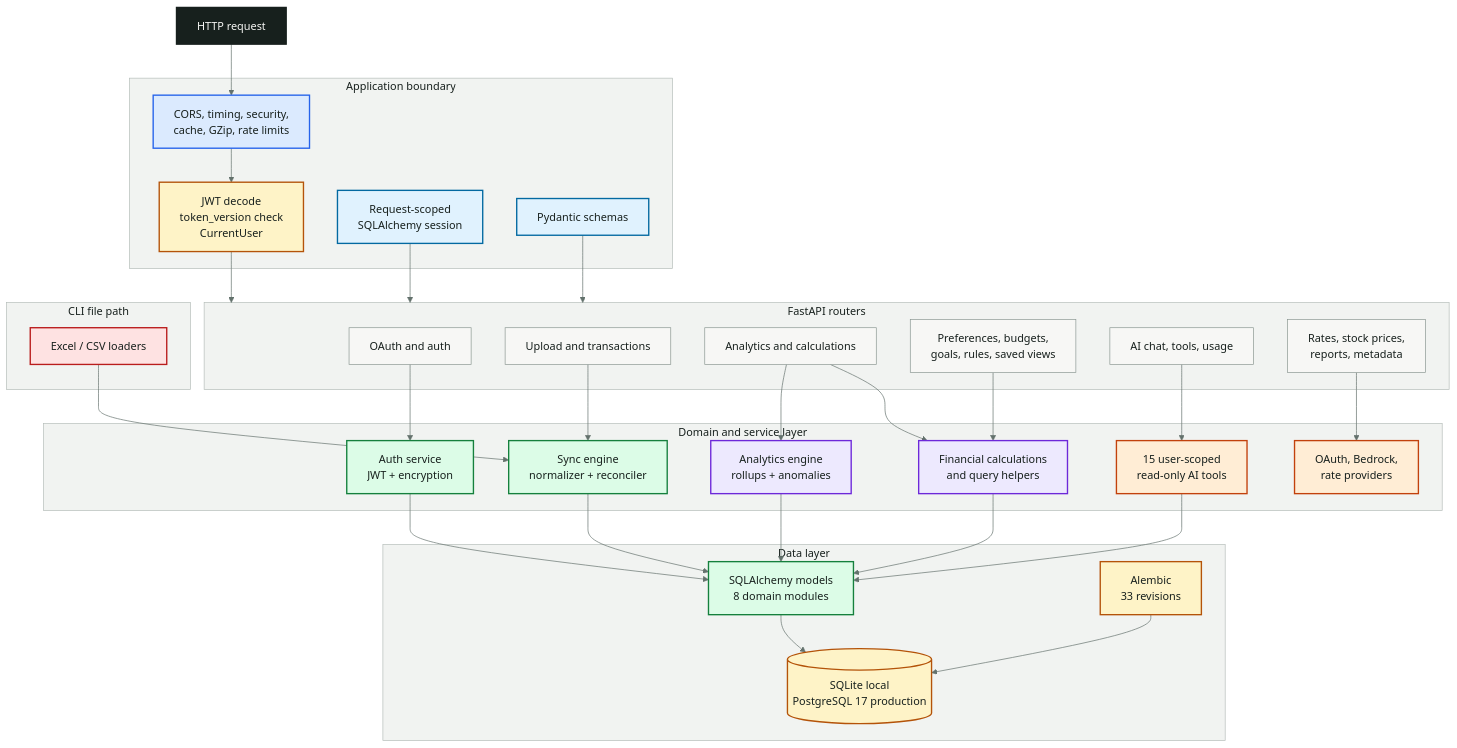
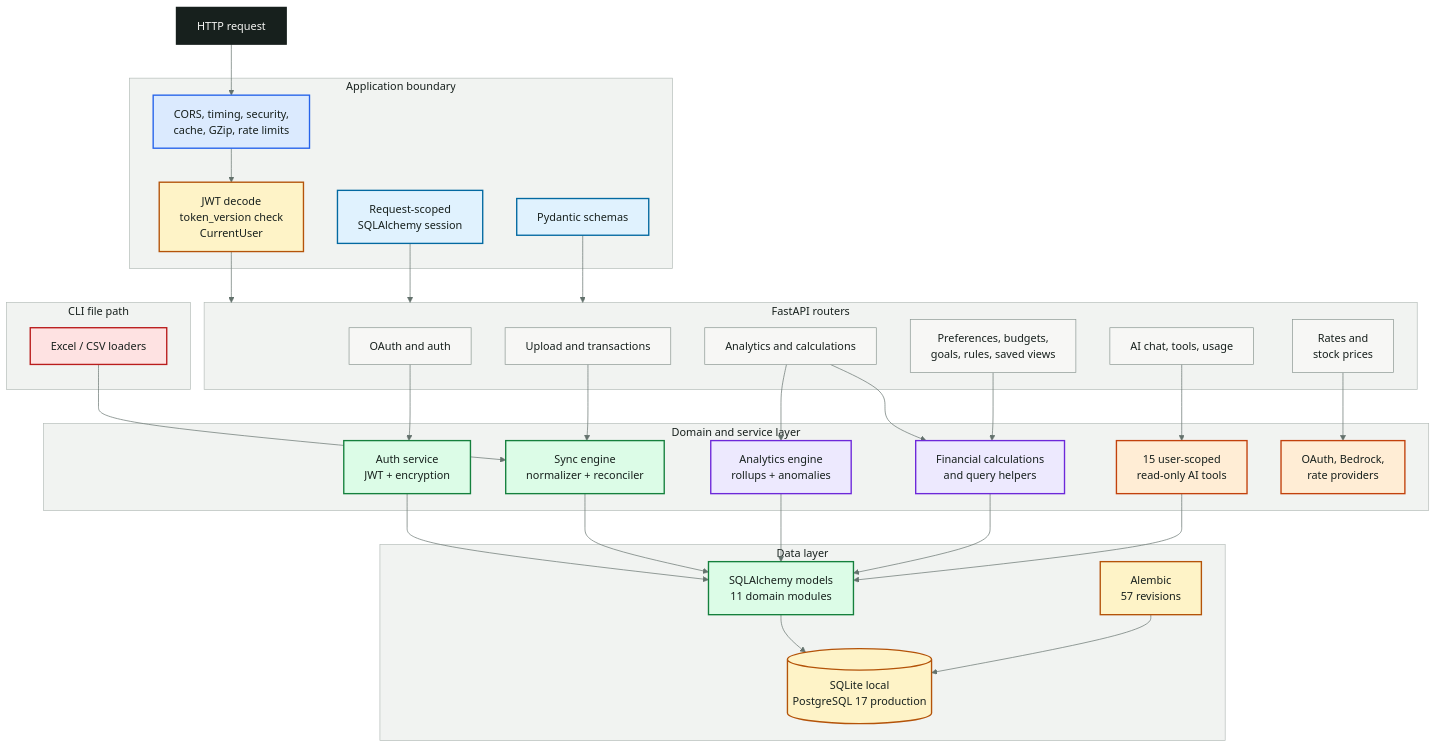
The diagram in docs/images/backend-layers.mmd (Sagargupta16/ledger-sync), drawn with Mermaid before and after one commit. The commit also changed 343 other files, not shown here.

```diff
--- a/docs/images/backend-layers.mmd
+++ b/docs/images/backend-layers.mmd
@@ -1,76 +1,76 @@
 %%{init: {'theme': 'base', 'themeVariables': {'fontFamily': 'Arial, sans-serif', 'primaryColor': '#eef2f1', 'primaryTextColor': '#17201d', 'primaryBorderColor': '#63716c', 'lineColor': '#63716c', 'secondaryColor': '#edf2f7', 'tertiaryColor': '#f7f7f5', 'background': '#f7f7f5', 'mainBkg': '#f7f7f5', 'nodeBorder': '#8a9691', 'clusterBkg': '#f1f3f1', 'clusterBorder': '#b5bdb9', 'titleColor': '#17201d', 'edgeLabelBackground': '#f7f7f5'}}}%%
 flowchart TB
     HTTP["HTTP request"]
 
     subgraph EDGE["Application boundary"]
         MIDDLEWARE["CORS, timing, security,<br/>cache, GZip, rate limits"]
         AUTH["JWT decode<br/>token_version check<br/>CurrentUser"]
         SESSION["Request-scoped<br/>SQLAlchemy session"]
         SCHEMAS["Pydantic schemas"]
     end
 
     subgraph ROUTERS["FastAPI routers"]
         R_AUTH["OAuth and auth"]
         R_LEDGER["Upload and transactions"]
         R_ANALYTICS["Analytics and calculations"]
         R_PLANNING["Preferences, budgets,<br/>goals, rules, saved views"]
         R_AI["AI chat, tools, usage"]
-        R_RATES["Rates, stock prices,<br/>reports, metadata"]
+        R_RATES["Rates and<br/>stock prices"]
     end
 
     subgraph CORE["Domain and service layer"]
         C_AUTH["Auth service<br/>JWT + encryption"]
         C_SYNC["Sync engine<br/>normalizer + reconciler"]
         C_ANALYTICS["Analytics engine<br/>rollups + anomalies"]
         C_CALC["Financial calculations<br/>and query helpers"]
         C_AI["15 user-scoped<br/>read-only AI tools"]
         C_PROVIDER["OAuth, Bedrock,<br/>rate providers"]
     end
 
     subgraph CLI["CLI file path"]
         FILES["Excel / CSV loaders"]
     end
 
     subgraph DATA["Data layer"]
-        MODELS["SQLAlchemy models<br/>8 domain modules"]
-        MIGRATIONS["Alembic<br/>33 revisions"]
+        MODELS["SQLAlchemy models<br/>11 domain modules"]
+        MIGRATIONS["Alembic<br/>57 revisions"]
         DB[("SQLite local<br/>PostgreSQL 17 production")]
     end
 
     HTTP --> MIDDLEWARE --> AUTH
     AUTH --> ROUTERS
     SESSION --> ROUTERS
     SCHEMAS --> ROUTERS
 
     R_AUTH --> C_AUTH
     R_LEDGER --> C_SYNC
     R_ANALYTICS --> C_ANALYTICS
     R_ANALYTICS --> C_CALC
     R_PLANNING --> C_CALC
     R_AI --> C_AI
     R_RATES --> C_PROVIDER
     FILES --> C_SYNC
 
     C_AUTH --> MODELS
     C_SYNC --> MODELS
     C_ANALYTICS --> MODELS
     C_CALC --> MODELS
     C_AI --> MODELS
     MODELS --> DB
     MIGRATIONS --> DB
 
     style HTTP fill:#17201d,color:#f7f7f5,stroke:#17201d,stroke-width:2px
     style MIDDLEWARE fill:#dbeafe,color:#17201d,stroke:#2563eb,stroke-width:2px
     style AUTH fill:#fef3c7,color:#17201d,stroke:#b45309,stroke-width:2px
     style SESSION fill:#e0f2fe,color:#17201d,stroke:#0369a1,stroke-width:2px
     style SCHEMAS fill:#e0f2fe,color:#17201d,stroke:#0369a1,stroke-width:2px
     style C_AUTH fill:#dcfce7,color:#17201d,stroke:#15803d,stroke-width:2px
     style C_SYNC fill:#dcfce7,color:#17201d,stroke:#15803d,stroke-width:2px
     style C_ANALYTICS fill:#ede9fe,color:#17201d,stroke:#6d28d9,stroke-width:2px
     style C_CALC fill:#ede9fe,color:#17201d,stroke:#6d28d9,stroke-width:2px
     style C_AI fill:#ffedd5,color:#17201d,stroke:#c2410c,stroke-width:2px
     style C_PROVIDER fill:#ffedd5,color:#17201d,stroke:#c2410c,stroke-width:2px
     style FILES fill:#fee2e2,color:#17201d,stroke:#b91c1c,stroke-width:2px
     style MODELS fill:#dcfce7,color:#17201d,stroke:#15803d,stroke-width:2px
     style MIGRATIONS fill:#fef3c7,color:#17201d,stroke:#b45309,stroke-width:2px
     style DB fill:#fef3c7,color:#17201d,stroke:#b45309,stroke-width:2px
```
